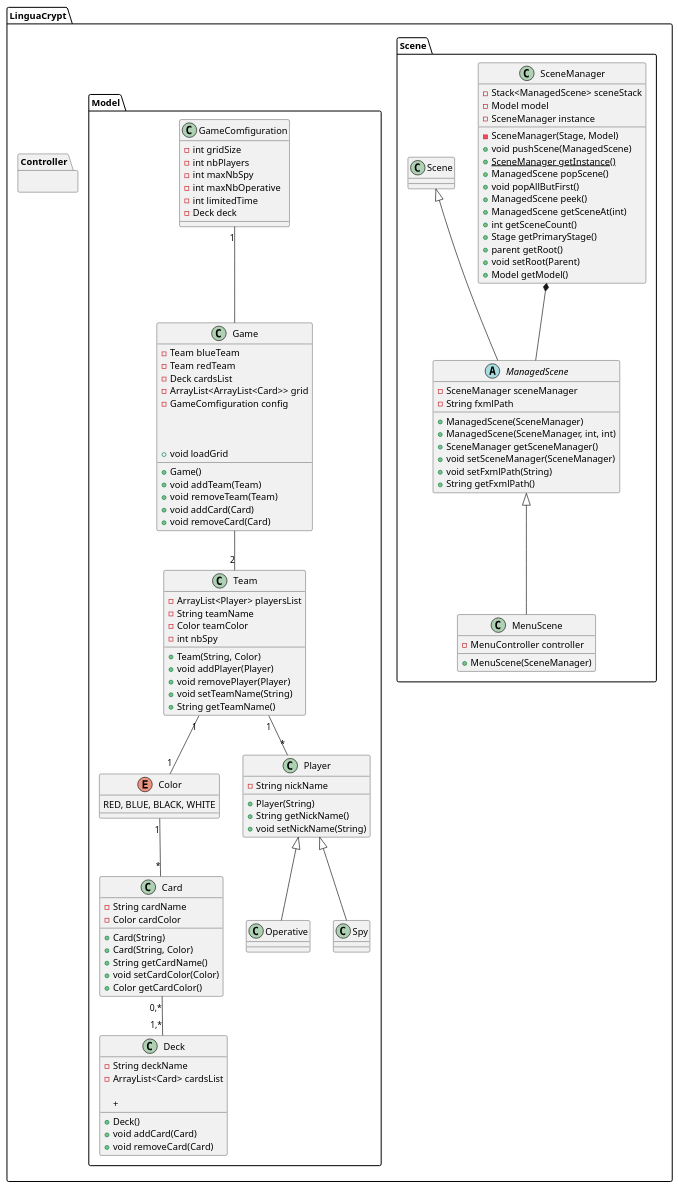
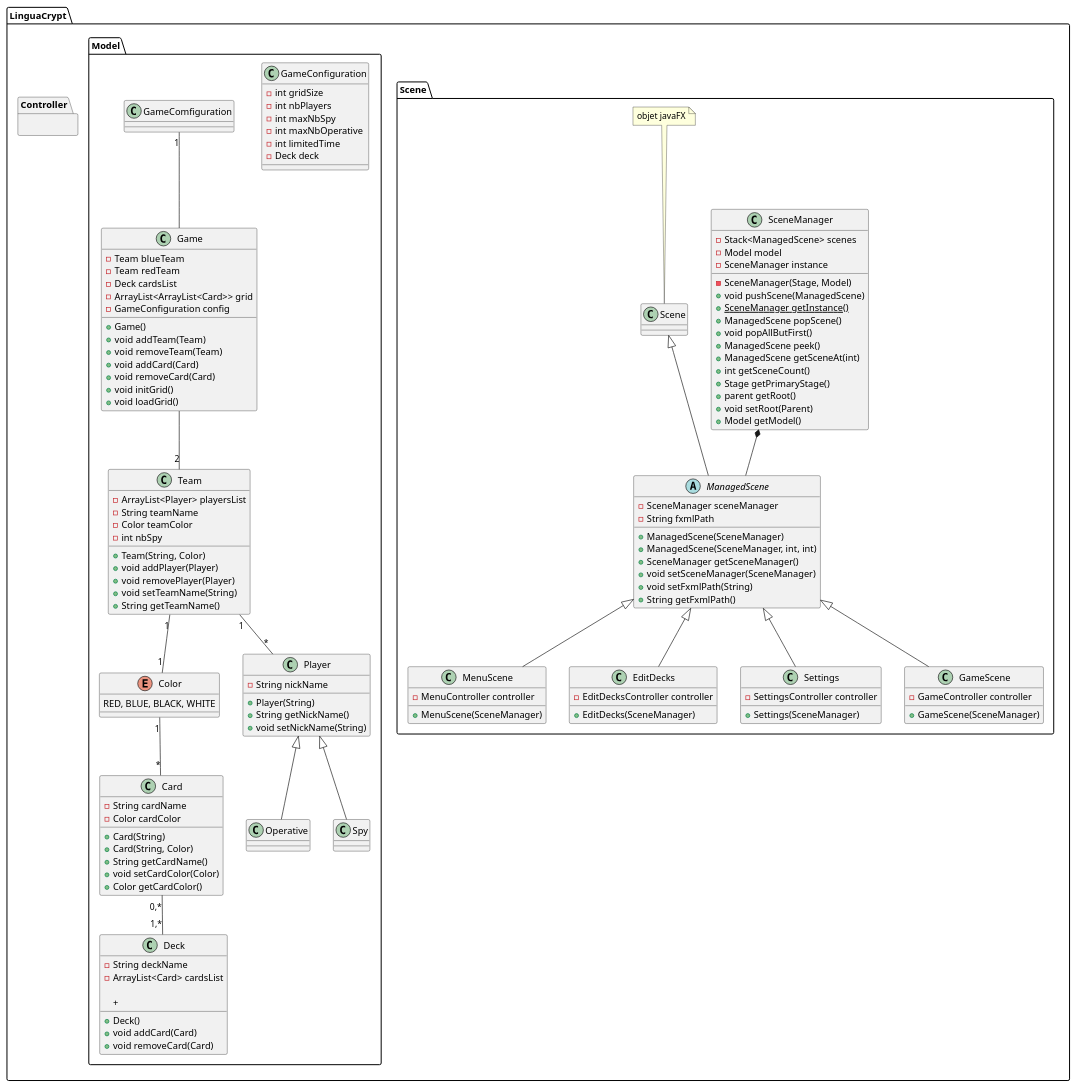
The diagram in gdp/Diagramme_De_Classe/diag_d1.plantuml (Esteban795/RetroNames), drawn with PlantUML before and after one commit.

Commit message:
[~] diagramme de classe

```diff
--- a/gdp/Diagramme_De_Classe/diag_d1.plantuml
+++ b/gdp/Diagramme_De_Classe/diag_d1.plantuml
@@ -3,143 +3,162 @@
 @startuml
 
 package LinguaCrypt{
     package LinguaCrypt.Scene{
         class SceneManager{
-            - Stack<ManagedScene> sceneStack
+            - Stack<ManagedScene> scenes
             - Model model
             - SceneManager instance
 
             - SceneManager(Stage, Model)
             + void pushScene(ManagedScene)
             + {static} SceneManager getInstance()
             + ManagedScene popScene()
             + void popAllButFirst()
             + ManagedScene peek()
             + ManagedScene getSceneAt(int)
             + int getSceneCount()
             + Stage getPrimaryStage()
             + parent getRoot()
             + void setRoot(Parent)
             + Model getModel()
         }
 
         abstract class ManagedScene extends Scene {
             - SceneManager sceneManager
             - String fxmlPath
             
             + ManagedScene(SceneManager)
             + ManagedScene(SceneManager, int, int)
             + SceneManager getSceneManager()
             + void setSceneManager(SceneManager)
             + void setFxmlPath(String)
             + String getFxmlPath()
             ' get controller ?
         }
 
         class MenuScene extends ManagedScene {
             - MenuController controller
 
             + MenuScene(SceneManager)
-            
-    }
+        }
+
+        class EditDecks extends ManagedScene {
+            - EditDecksController controller
+
+            + EditDecks(SceneManager)
+        }
+
+        class Settings extends ManagedScene {
+            - SettingsController controller
+
+            + Settings(SceneManager)
+        }
+
+        class GameScene extends ManagedScene {
+            - GameController controller
+
+            + GameScene(SceneManager)
+        }
+
+    note "objet javaFX" as N1
+    N1 .. Scene
     SceneManager *-- ManagedScene
 
     }
 
     package LinguaCrypt.Controller{ 
         ' un controller par scè1ne 
     }
 
     package LinguaCrypt.Model{
         enum Color{
             RED, BLUE, BLACK, WHITE
         }
 
         class Operative extends Player{}
 
         class Spy extends Player{}
 
         class Player{
             - String nickName
 
             + Player(String)
             + String getNickName()
             + void setNickName(String)
         }
         
 
         class Team{
             - ArrayList<Player> playersList
             - String teamName
             - Color teamColor
             - int nbSpy
 
 
             + Team(String, Color)
             + void addPlayer(Player)
             + void removePlayer(Player)
             + void setTeamName(String)
             + String getTeamName()
         }
 
         class Card{
             - String cardName
             - Color cardColor
 
             + Card(String)
             + Card(String, Color)
             + String getCardName()
             + void setCardColor(Color)
             + Color getCardColor()
 
         }
 
         class Deck{
             - String deckName
             - ArrayList<Card> cardsList
 
             + Deck()
             + void addCard(Card)
             + void removeCard(Card)
             + 
         }
 
-        class GameComfiguration{
+        class GameConfiguration{
             - int gridSize
             - int nbPlayers
             - int maxNbSpy
             - int maxNbOperative 
             - int limitedTime /' -1 if time not limited  '/
             - Deck deck            
         }
 
         class Game{
             - Team blueTeam
             - Team redTeam
             - Deck cardsList
             - ArrayList<ArrayList<Card>> grid
-            - GameComfiguration config
+            - GameConfiguration config
             
-
             + Game()
             + void addTeam(Team)
             + void removeTeam(Team)
             + void addCard(Card)
             + void removeCard(Card)
-
-            + void loadGrid
+            + void initGrid()
+            + void loadGrid()
         }
 
 
 
         Team "1"--"*" Player
         Team "1"--"1" Color
         Color "1"--"*" Card
         Card "0,*"--"1,*" Deck
         GameComfiguration "1"-- Game
         Game --"2" Team
 
     }
 }
 
 @enduml
```
